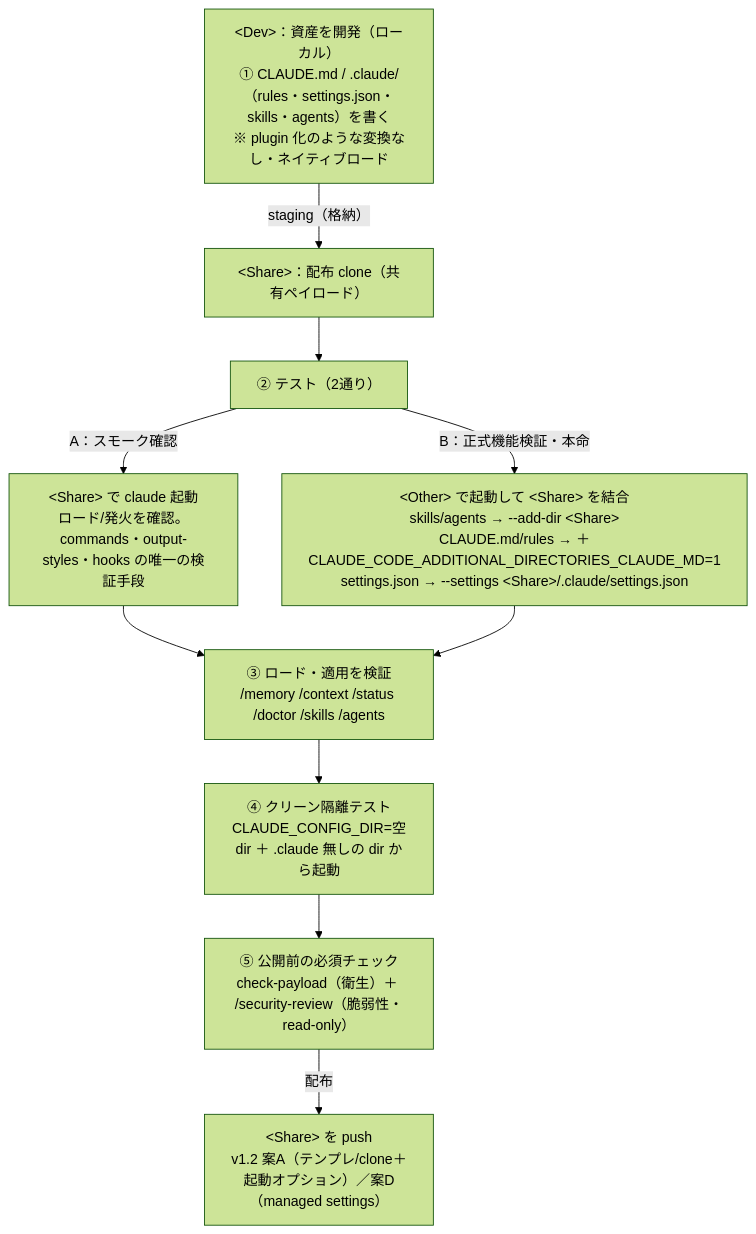
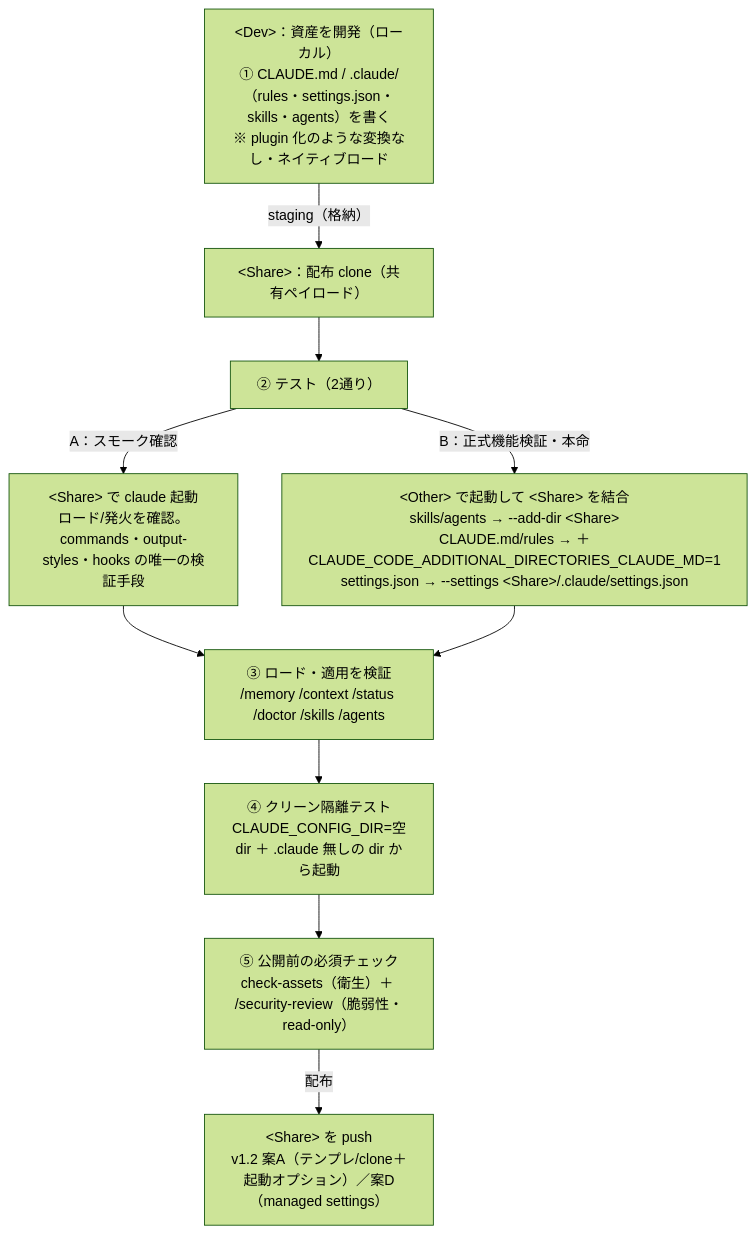
One commit to empty-can/research-by-cc changed the diagram in research-for-claude-dir-sharing-governance/reports/02.配布物の開発・テスト/02.Marketplace外資産編/Marketplace外資産_開発・テスト_手順書.md. Above: the diagram before and after it, drawn with Mermaid (forest theme). The commit also changed other lines of this file and 5 other files, not shown here.

First line of the commit message:
docs(claude-dir-governance): 補助スクリプトを check-payload→check-assets にリネーム

````diff
--- a/research-for-claude-dir-sharing-governance/reports/02.配布物の開発・テスト/02.Marketplace外資産編/Marketplace外資産_開発・テスト_手順書.md
+++ b/research-for-claude-dir-sharing-governance/reports/02.配布物の開発・テスト/02.Marketplace外資産編/Marketplace外資産_開発・テスト_手順書.md
@@ -14,13 +14,13 @@
 ```mermaid
 flowchart TD
     Dev["&lt;Dev&gt;：資産を開発（ローカル）<br/>① CLAUDE.md / .claude/（rules・settings.json・skills・agents）を書く<br/>※ plugin 化のような変換なし・ネイティブロード"]
     Dev -->|staging（格納）| Share["&lt;Share&gt;：配布 clone（共有ペイロード）"]
     Share --> Test["② テスト（2通り）"]
     Test -->|A：スモーク確認| A["&lt;Share&gt; で claude 起動<br/>ロード/発火を確認。commands・output-styles・hooks の唯一の検証手段"]
     Test -->|B：正式機能検証・本命| B["&lt;Other&gt; で起動して &lt;Share&gt; を結合<br/>skills/agents → --add-dir &lt;Share&gt;<br/>CLAUDE.md/rules → ＋CLAUDE_CODE_ADDITIONAL_DIRECTORIES_CLAUDE_MD=1<br/>settings.json → --settings &lt;Share&gt;/.claude/settings.json"]
     A --> Verify["③ ロード・適用を検証<br/>/memory /context /status /doctor /skills /agents"]
     B --> Verify
     Verify --> Clean["④ クリーン隔離テスト<br/>CLAUDE_CONFIG_DIR=空dir ＋ .claude 無しの dir から起動"]
-    Clean --> Gate["⑤ 公開前の必須チェック<br/>check-payload（衛生）＋ /security-review（脆弱性・read-only）"]
+    Clean --> Gate["⑤ 公開前の必須チェック<br/>check-assets（衛生）＋ /security-review（脆弱性・read-only）"]
     Gate -->|配布| Pub["&lt;Share&gt; を push<br/>v1.2 案A（テンプレ/clone＋起動オプション）／案D（managed settings）"]
 ```
````
